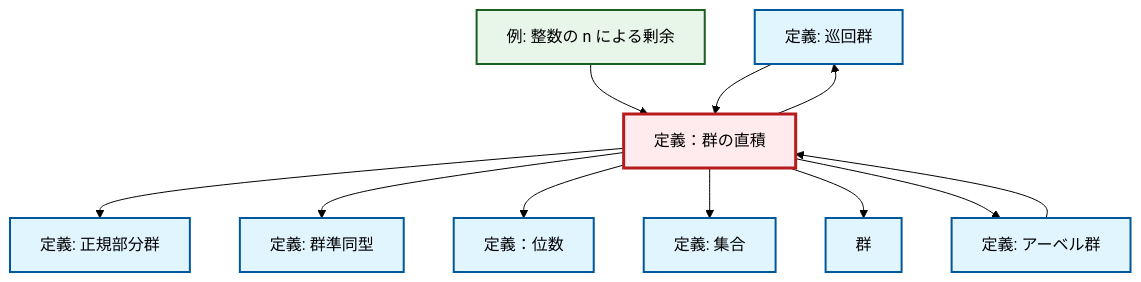
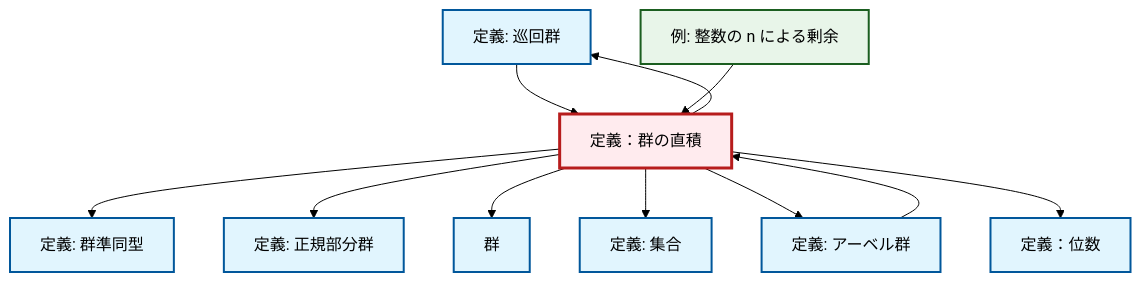
Before and after one commit to RK0429/ModernMath: the diagram in content/ja/algebra/def-direct-product.qmd, drawn with Mermaid (forest theme). The commit also changed other lines of this file and 1012 other files, not shown here.

````diff
--- a/content/ja/algebra/def-direct-product.qmd
+++ b/content/ja/algebra/def-direct-product.qmd
@@ -25,37 +25,37 @@
 ```{mermaid}
 %%| fig-cap: "Local dependency graph"
 graph TD
     classDef definition fill:#e1f5fe,stroke:#01579b,stroke-width:2px
     classDef theorem fill:#f3e5f5,stroke:#4a148c,stroke-width:2px
     classDef axiom fill:#fff3e0,stroke:#e65100,stroke-width:2px
     classDef example fill:#e8f5e9,stroke:#1b5e20,stroke-width:2px
     classDef current fill:#ffebee,stroke:#b71c1c,stroke-width:3px
+    def-cyclic-group["定義: 巡回群"]:::definition
+    def-order["定義：位数"]:::definition
     def-set["定義: 集合"]:::definition
-    def-cyclic-group["定義: 巡回群"]:::definition
+    def-abelian-group["定義: アーベル群"]:::definition
     def-normal-subgroup["定義: 正規部分群"]:::definition
-    def-order["定義：位数"]:::definition
+    def-homomorphism["定義: 群準同型"]:::definition
     def-direct-product["定義：群の直積"]:::definition
-    def-abelian-group["定義: アーベル群"]:::definition
+    def-group["群"]:::definition
     ex-quotient-integers-mod-n["例: 整数の n による剰余"]:::example
-    def-homomorphism["定義: 群準同型"]:::definition
-    def-group["群"]:::definition
+    def-direct-product --> def-homomorphism
     def-direct-product --> def-normal-subgroup
-    def-direct-product --> def-homomorphism
-    def-direct-product --> def-order
+    def-cyclic-group --> def-direct-product
+    def-direct-product --> def-group
     def-direct-product --> def-cyclic-group
+    def-abelian-group --> def-direct-product
     def-direct-product --> def-set
     ex-quotient-integers-mod-n --> def-direct-product
-    def-direct-product --> def-group
-    def-cyclic-group --> def-direct-product
-    def-abelian-group --> def-direct-product
     def-direct-product --> def-abelian-group
+    def-direct-product --> def-order
     class def-direct-product current
+    click def-cyclic-group "def-cyclic-group.html" "巡回群の定義へ"
+    click def-order "def-order.html" "定義：位数へ"
     click def-set "def-set.html" "集合の定義へ"
-    click def-cyclic-group "def-cyclic-group.html" "巡回群の定義へ"
+    click def-abelian-group "def-abelian-group.html" "アーベル群の定義へ"
     click def-normal-subgroup "def-normal-subgroup.html" "正規部分群の定義へ"
-    click def-order "def-order.html" "定義：位数へ"
-    click def-abelian-group "def-abelian-group.html" "アーベル群の定義へ"
-    click ex-quotient-integers-mod-n "ex-quotient-integers-mod-n.html" "整数の n による剰余の例へ"
     click def-homomorphism "def-homomorphism.html" "群準同型の定義へ"
     click def-group "def-group.html" "群へ"
+    click ex-quotient-integers-mod-n "ex-quotient-integers-mod-n.html" "整数の n による剰余の例へ"
 ```
````
